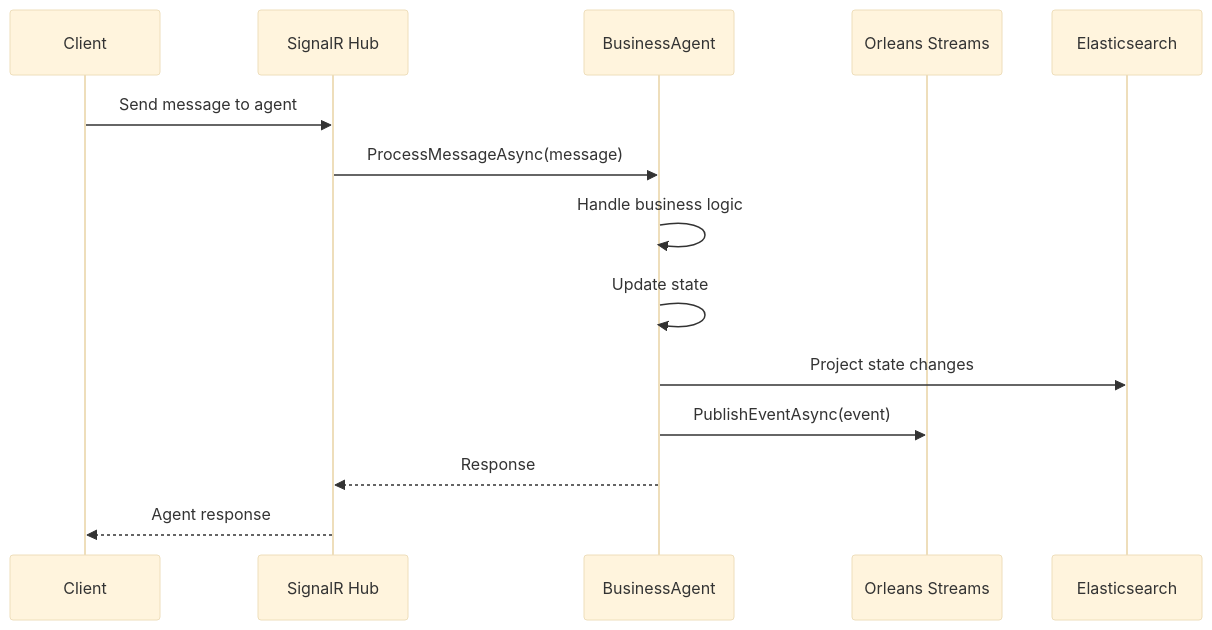
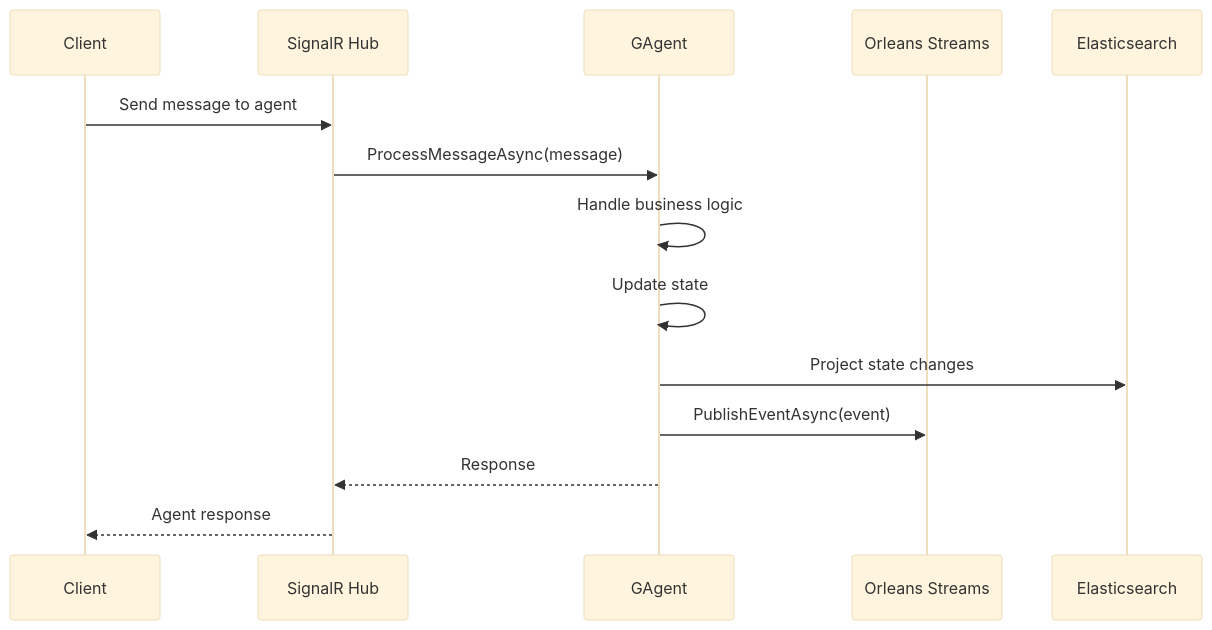
Before and after one commit to aevatarAI/aevatar-station: the fourth of 4 diagrams in Agent-Management-Architecture-Proposal.md, drawn with Mermaid (base theme). The commit also changed other lines of this file, not shown here.

First line of the commit message:
refactor: update agent architecture to use GAgentBase directly

````diff
--- a/Agent-Management-Architecture-Proposal.md
+++ b/Agent-Management-Architecture-Proposal.md
@@ -327,17 +322,17 @@
 ```mermaid
 sequenceDiagram
     participant Client
     participant SH as SignalR Hub
-    participant BA as BusinessAgent
+    participant GA as GAgent
     participant OS as Orleans Streams
     participant ES as Elasticsearch
     
     Client->>SH: Send message to agent
-    SH->>BA: ProcessMessageAsync(message)
-    BA->>BA: Handle business logic
-    BA->>BA: Update state
-    BA->>ES: Project state changes
-    BA->>OS: PublishEventAsync(event)
-    BA-->>SH: Response
+    SH->>GA: ProcessMessageAsync(message)
+    GA->>GA: Handle business logic
+    GA->>GA: Update state
+    GA->>ES: Project state changes
+    GA->>OS: PublishEventAsync(event)
+    GA-->>SH: Response
     SH-->>Client: Agent response
 ```
````
